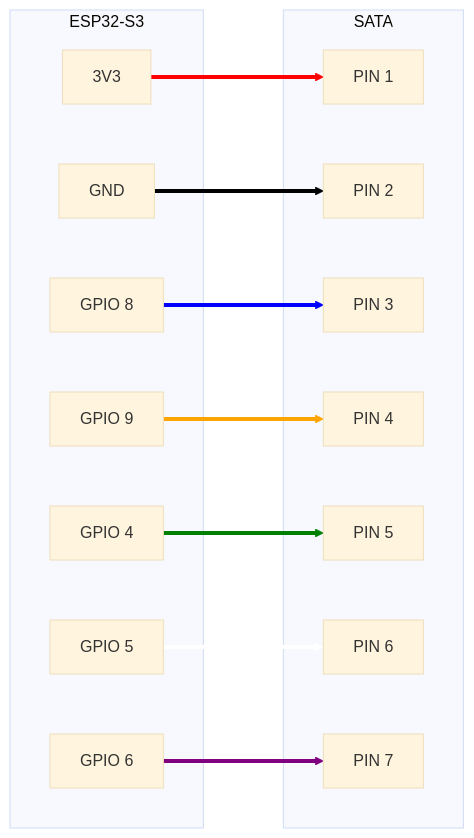
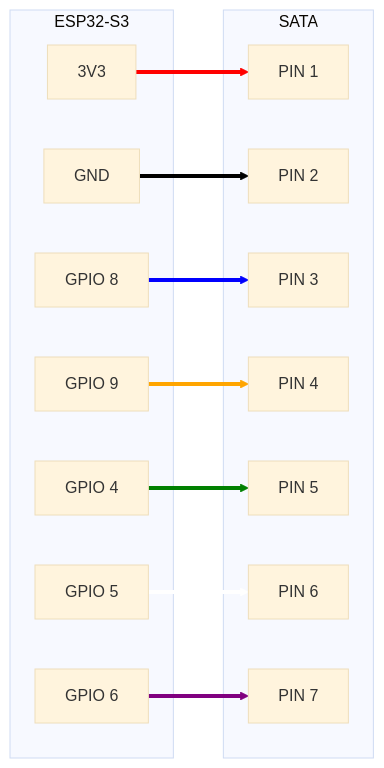
Before and after one commit to FernandoFranco/Ogiva-Modular-para-Airsoft: the diagram in Modulos/README.md, drawn with Mermaid (base theme). The commit also changed 2 other files, not shown here.

Commit message:
remove unnecessary images README and clean up connection diagram formatting

````diff
--- a/Modulos/README.md
+++ b/Modulos/README.md
@@ -77,45 +77,38 @@
 ```mermaid
-%%{init: {
-  "flowchart": {
-    "nodeSpacing": 60,
-    "rankSpacing": 80
-  }
-}}%%
-
 graph LR
     subgraph ESP32["ESP32-S3"]
       VCC_ESP[3V3]
       GND_ESP[GND]
       GPIO8[GPIO 8]
       GPIO9[GPIO 9]
       GPIO4[GPIO 4]
       GPIO5[GPIO 5]
       GPIO6[GPIO 6]
     end
 
     subgraph SATA
       PIN1[PIN 1]
       PIN2[PIN 2]
       PIN3[PIN 3]
       PIN4[PIN 4]
       PIN5[PIN 5]
       PIN6[PIN 6]
       PIN7[PIN 7]
     end
 
     VCC_ESP --> PIN1
     GND_ESP --> PIN2
     GPIO8 --> PIN3
     GPIO9 --> PIN4
     GPIO4 --> PIN5
     GPIO5 --> PIN6
     GPIO6 --> PIN7
 
     linkStyle 0 stroke:red,stroke-width:4px
     linkStyle 1 stroke:black,stroke-width:4px
     linkStyle 2 stroke:blue,stroke-width:4px
     linkStyle 3 stroke:orange,stroke-width:4px
     linkStyle 4 stroke:green,stroke-width:4px
     linkStyle 5 stroke:white,stroke-width:4px
     linkStyle 6 stroke:purple,stroke-width:4px
 ```
````
